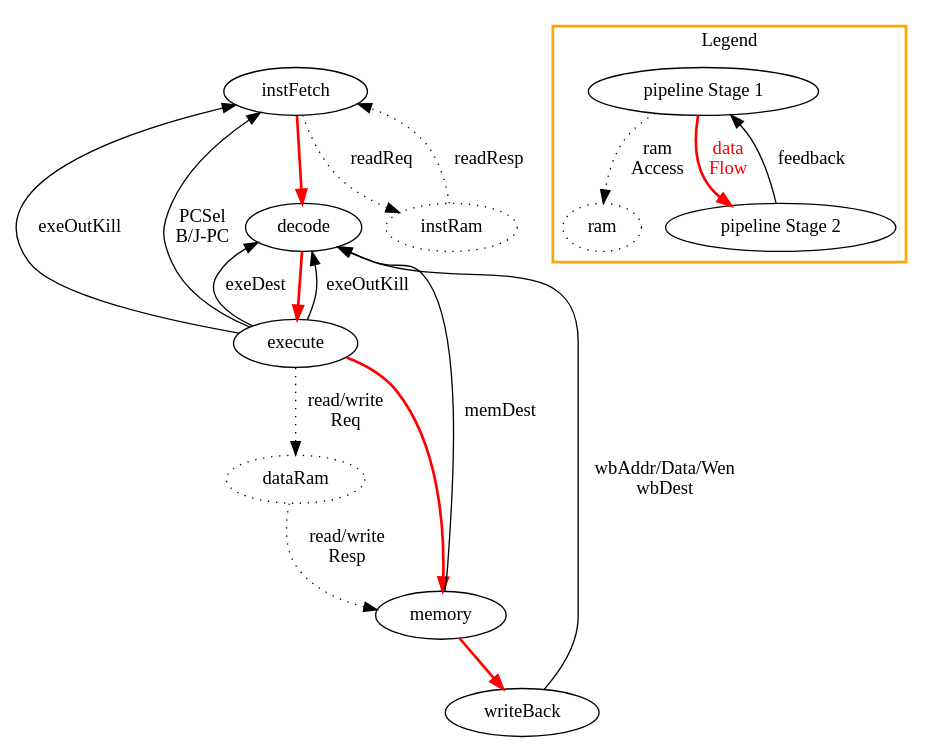
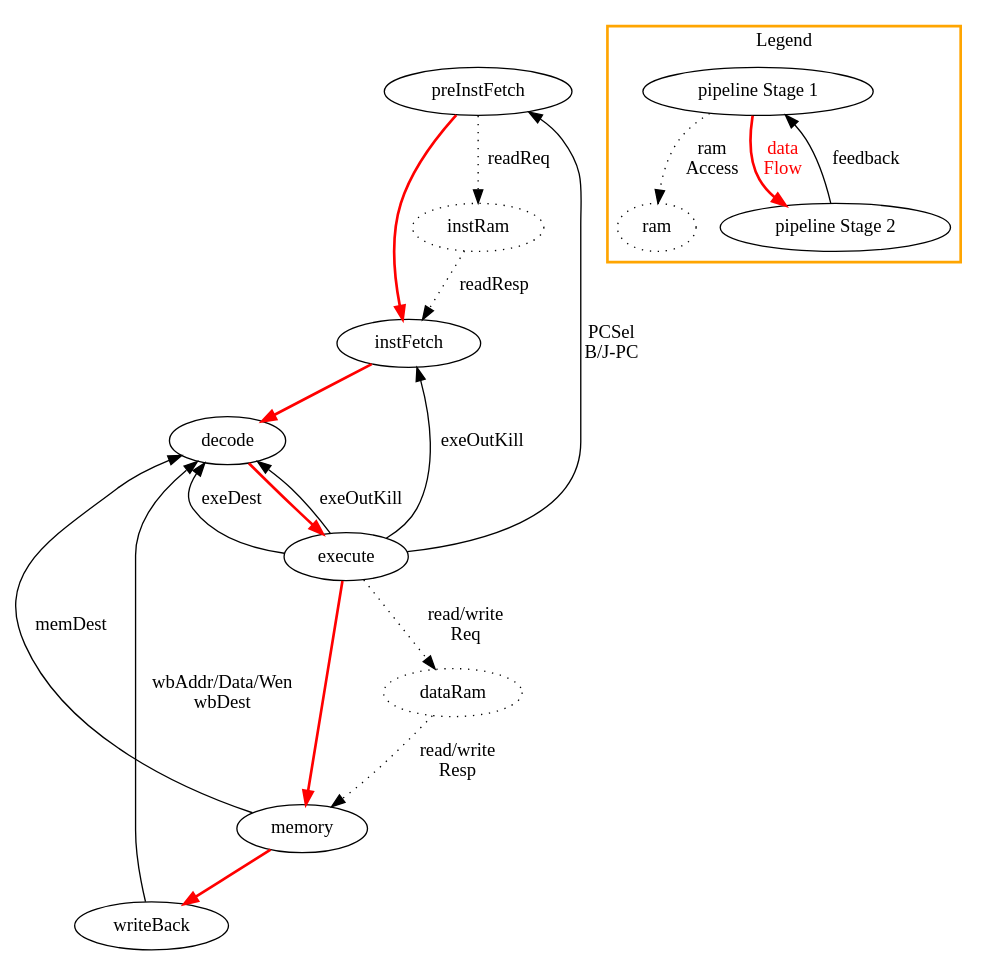
One commit to yuhengy/coredesign changed the diagram in documents/5stageInterconnection.gv. Above: the diagram before and after it, drawn with Graphviz. The commit also changed 23 other files, not shown here.

```diff
--- a/documents/5stageInterconnection.gv
+++ b/documents/5stageInterconnection.gv
@@ -1,41 +1,43 @@
 digraph G {
 
+  "preInstFetch" -> "instFetch" [style="bold", color="red"];
   "instFetch" -> "decode" [style="bold", color="red"];
   "decode" -> "execute" [style="bold", color="red"];
   "execute" -> "memory" [style="bold", color="red"];
   "memory" -> "writeBack" [style="bold", color="red"];
 
 
+  "execute" -> "preInstFetch" [label="PCSel\nB/J-PC"];
+
   "execute" -> "instFetch" [label="exeOutKill"];
-  "execute" -> "instFetch" [label="PCSel\nB/J-PC"];
 
   "execute" -> "decode" [label="exeOutKill"];
   "execute" -> "decode" [label="exeDest"];
   "memory" -> "decode" [label="memDest"];
   "writeBack" -> "decode" [label="wbAddr/Data/Wen\nwbDest"];
 
 
 //ram
   "instRam" [style="dotted"];
   "dataRam" [style="dotted"];
 
-  "instFetch" -> "instRam" [label="readReq", style="dotted"];
+  "preInstFetch" -> "instRam" [label="readReq", style="dotted"];
   "instRam" -> "instFetch" [label="readResp", style="dotted"];
 
   "execute" -> "dataRam" [label="read/write\nReq", style="dotted"];
   "dataRam" -> "memory" [label="read/write\nResp", style="dotted"];
 
 
 
   // Legend
   subgraph cluster1 {
     "ram" [style="dotted"];
     "pipeline Stage 1" -> "pipeline Stage 2" [label="data\nFlow", fontcolor="red", style="bold", color="red"];
     "pipeline Stage 2" -> "pipeline Stage 1" [label="feedback"];
     "pipeline Stage 1" -> "ram" [label="ram\nAccess", style="dotted"];
 
     label = "Legend";
     style=bold;
     color = "orange";
   }
 }
```
